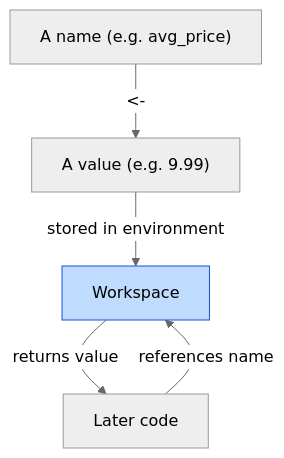
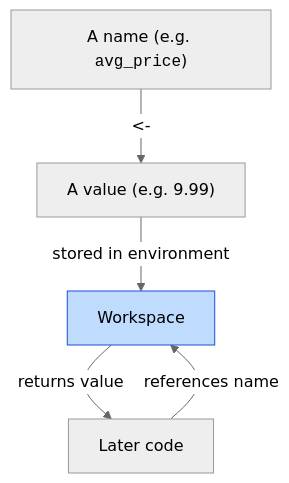
Before and after one commit to dataslope/dataslope: the first of 2 diagrams in content/learn/practical-r-for-beginners/variables-and-assignment.mdx, drawn with Mermaid (neutral theme). The commit also changed 218 other files, not shown here.

First line of the commit message:
Render code-only mermaid shapes in monospace; convert step sequences to Steps (#467)

````diff
--- a/content/learn/practical-r-for-beginners/variables-and-assignment.mdx
+++ b/content/learn/practical-r-for-beginners/variables-and-assignment.mdx
@@ -69,8 +69,8 @@
 ```mermaid
 flowchart TD
-  Name["A name (e.g. avg_price)"] -->|<-| Value["A value (e.g. 9.99)"]
+  Name["A name (e.g. <code>avg_price</code>)"] -->|<-| Value["A value (e.g. 9.99)"]
   Value -->|stored in environment| Env["Workspace"]
   User["Later code"] -->|references name| Env
   Env -->|returns value| User
   style Env fill:#bfdbfe,stroke:#1d4ed8
 ```
````
